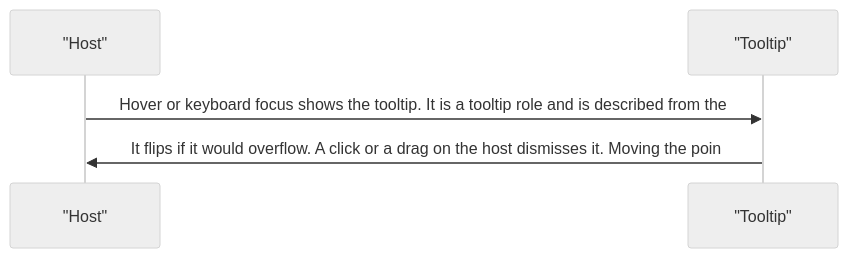
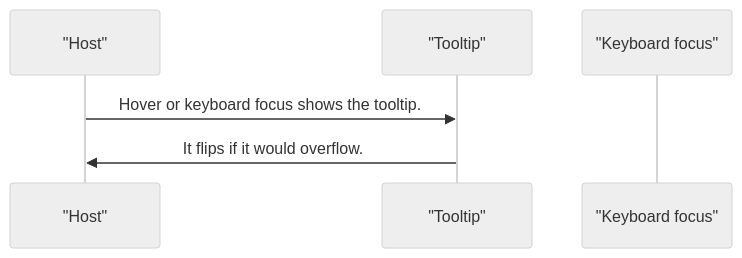
One commit to RajshekharBorate/pixel-ui changed the second of 4 diagrams in projects/pixel-ui/src/lib/pixel-tooltip/DESIGN.md. Above: the diagram before and after it, drawn with Mermaid (neutral theme). The commit also changed other lines of this file and 80 other files, not shown here.

Commit message:
Fill missing design flows and correct the stories that did not match component behavior.

````diff
--- a/projects/pixel-ui/src/lib/pixel-tooltip/DESIGN.md
+++ b/projects/pixel-ui/src/lib/pixel-tooltip/DESIGN.md
@@ -50,7 +52,8 @@
 ```mermaid
 sequenceDiagram
   participant host as "Host"
   participant tip as "Tooltip"
-  host->>tip: Hover or keyboard focus shows the tooltip. It is a tooltip role and is described from the 
-  tip->>host: It flips if it would overflow. A click or a drag on the host dismisses it. Moving the poin
+  participant keys as "Keyboard focus"
+  host->>tip: Hover or keyboard focus shows the tooltip.
+  tip->>host: It flips if it would overflow.
 ```
````
